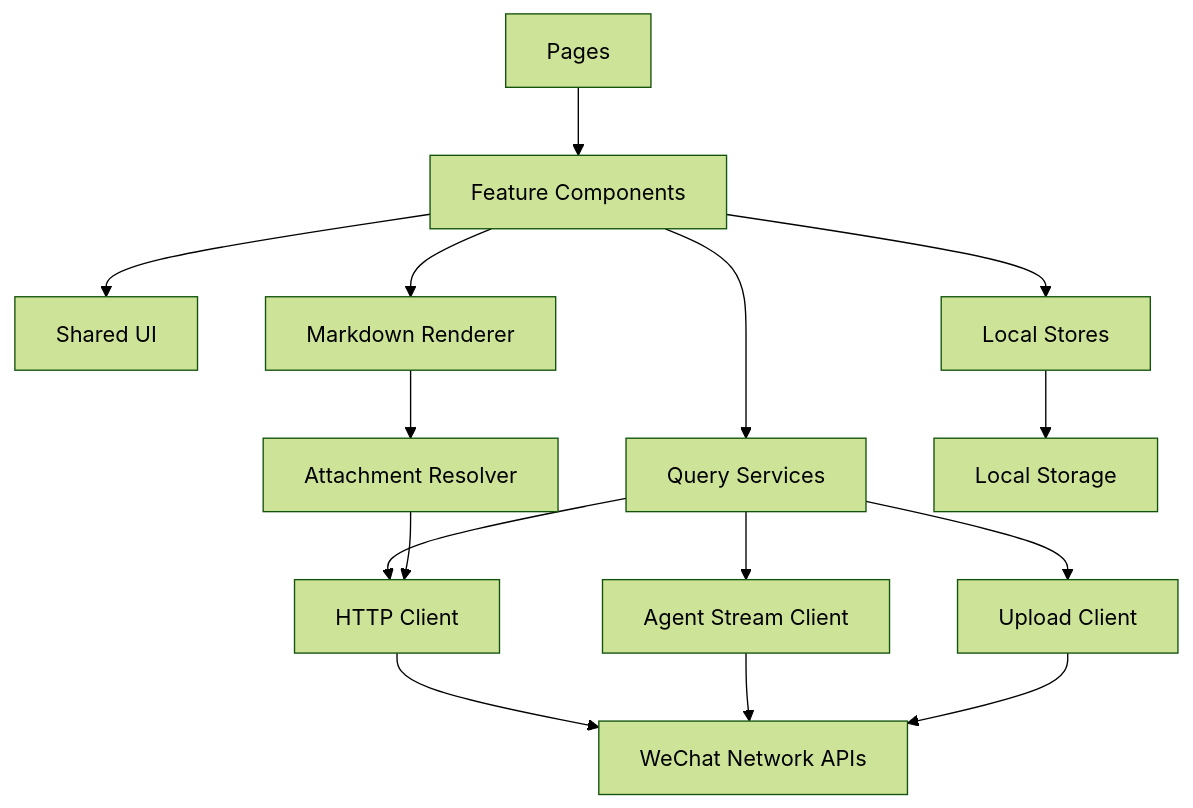
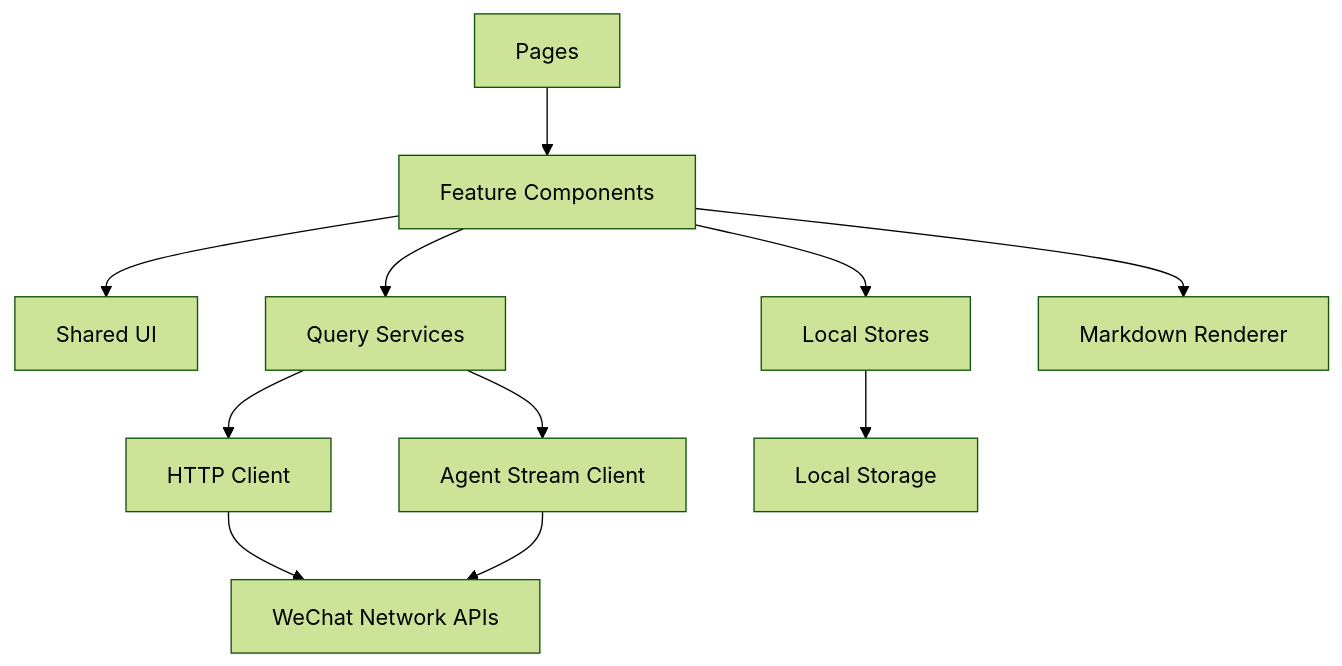
One commit to huiru-wang/eiko changed the second of 6 diagrams in docs/frontend-architecture.md. Above: the diagram before and after it, drawn with Mermaid (forest theme). The commit also changed other lines of this file and 71 other files, not shown here.

````diff
--- a/docs/frontend-architecture.md
+++ b/docs/frontend-architecture.md
@@ -127,20 +118,15 @@
 ```mermaid
 flowchart TD
     PAGE["Pages"] --> FEATURE["Feature Components"]
     FEATURE --> UI["Shared UI"]
     FEATURE --> STORE["Local Stores"]
     FEATURE --> QUERY["Query Services"]
     FEATURE --> MD["Markdown Renderer"]
 
     QUERY --> API["HTTP Client"]
     QUERY --> STREAM["Agent Stream Client"]
-    QUERY --> UPLOAD["Upload Client"]
-
-    MD --> ASSET["Attachment Resolver"]
-    ASSET --> API
 
     API --> WX["WeChat Network APIs"]
     STREAM --> WX
-    UPLOAD --> WX
     STORE --> LOCAL["Local Storage"]
 ```
````
